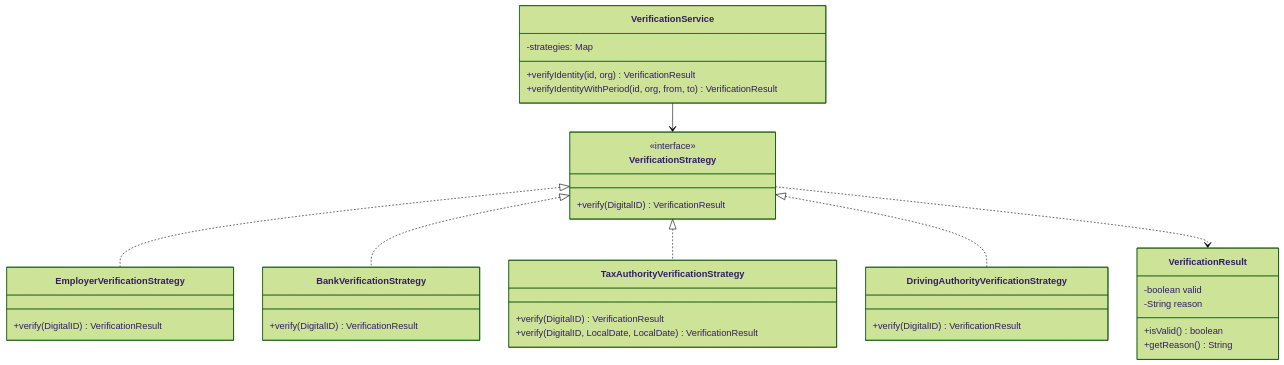
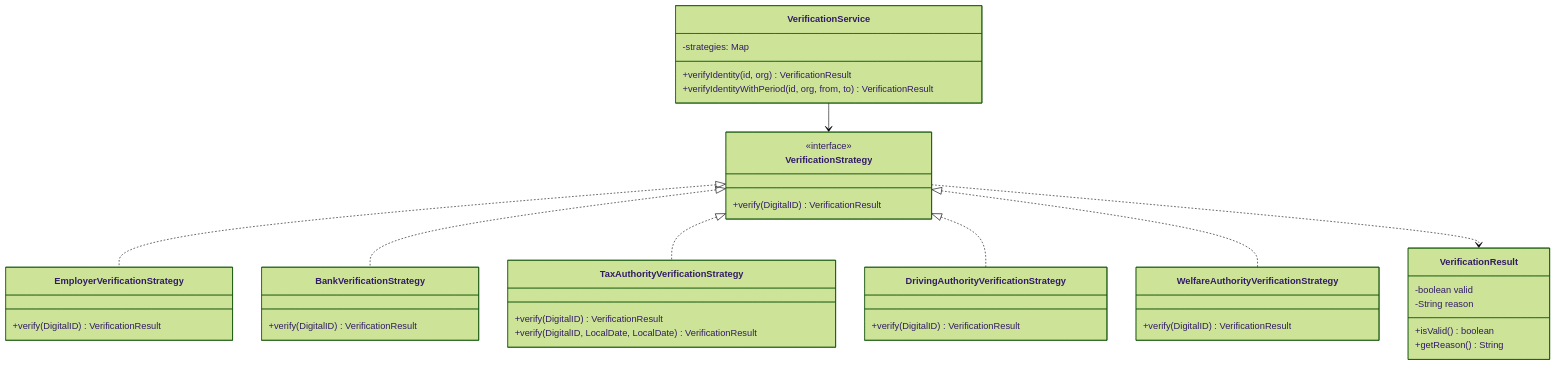
One commit to jtbinith/IOT452U-Digital-ID changed the third of 4 diagrams in README.md. Above: the diagram before and after it, drawn with Mermaid (forest theme). The commit also changed other lines of this file, not shown here.

Commit message:
Updatd README with Welfare Authority.

````diff
--- a/README.md
+++ b/README.md
@@ -123,38 +123,42 @@
 ```mermaid
 classDiagram
     class VerificationStrategy {
         <<interface>>
         +verify(DigitalID) VerificationResult
     }
     class EmployerVerificationStrategy {
         +verify(DigitalID) VerificationResult
     }
     class BankVerificationStrategy {
         +verify(DigitalID) VerificationResult
     }
     class TaxAuthorityVerificationStrategy {
         +verify(DigitalID) VerificationResult
         +verify(DigitalID, LocalDate, LocalDate) VerificationResult
     }
     class DrivingAuthorityVerificationStrategy {
         +verify(DigitalID) VerificationResult
     }
+    class WelfareAuthorityVerificationStrategy {
+        +verify(DigitalID) VerificationResult
+    }
     class VerificationService {
         -strategies: Map
         +verifyIdentity(id, org) VerificationResult
         +verifyIdentityWithPeriod(id, org, from, to) VerificationResult
     }
     class VerificationResult {
         -boolean valid
         -String reason
         +isValid() boolean
         +getReason() String
     }
     
     VerificationStrategy <|.. EmployerVerificationStrategy
     VerificationStrategy <|.. BankVerificationStrategy
     VerificationStrategy <|.. TaxAuthorityVerificationStrategy
     VerificationStrategy <|.. DrivingAuthorityVerificationStrategy
+    VerificationStrategy <|.. WelfareAuthorityVerificationStrategy
     VerificationService --> VerificationStrategy
     VerificationStrategy ..> VerificationResult
 ```
````
